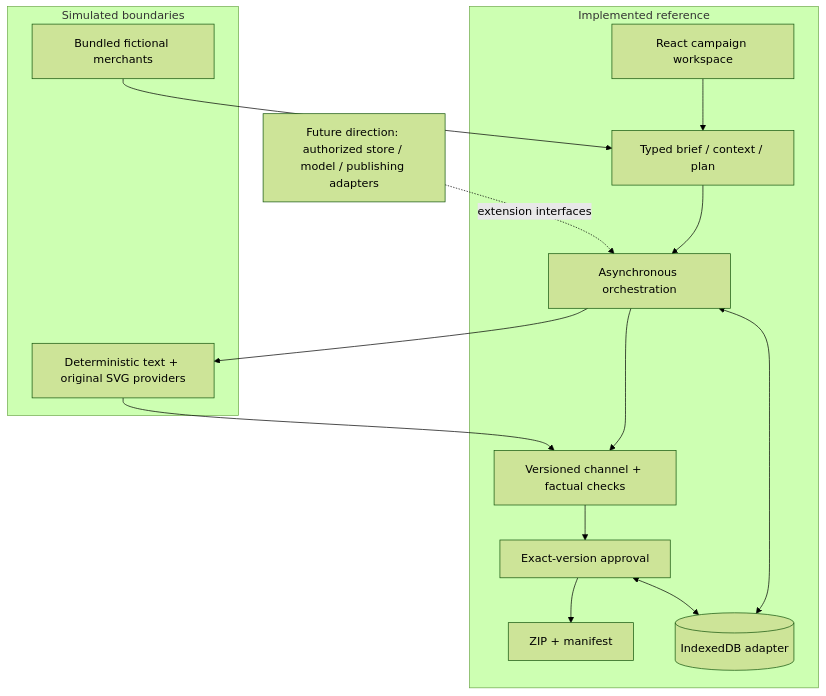
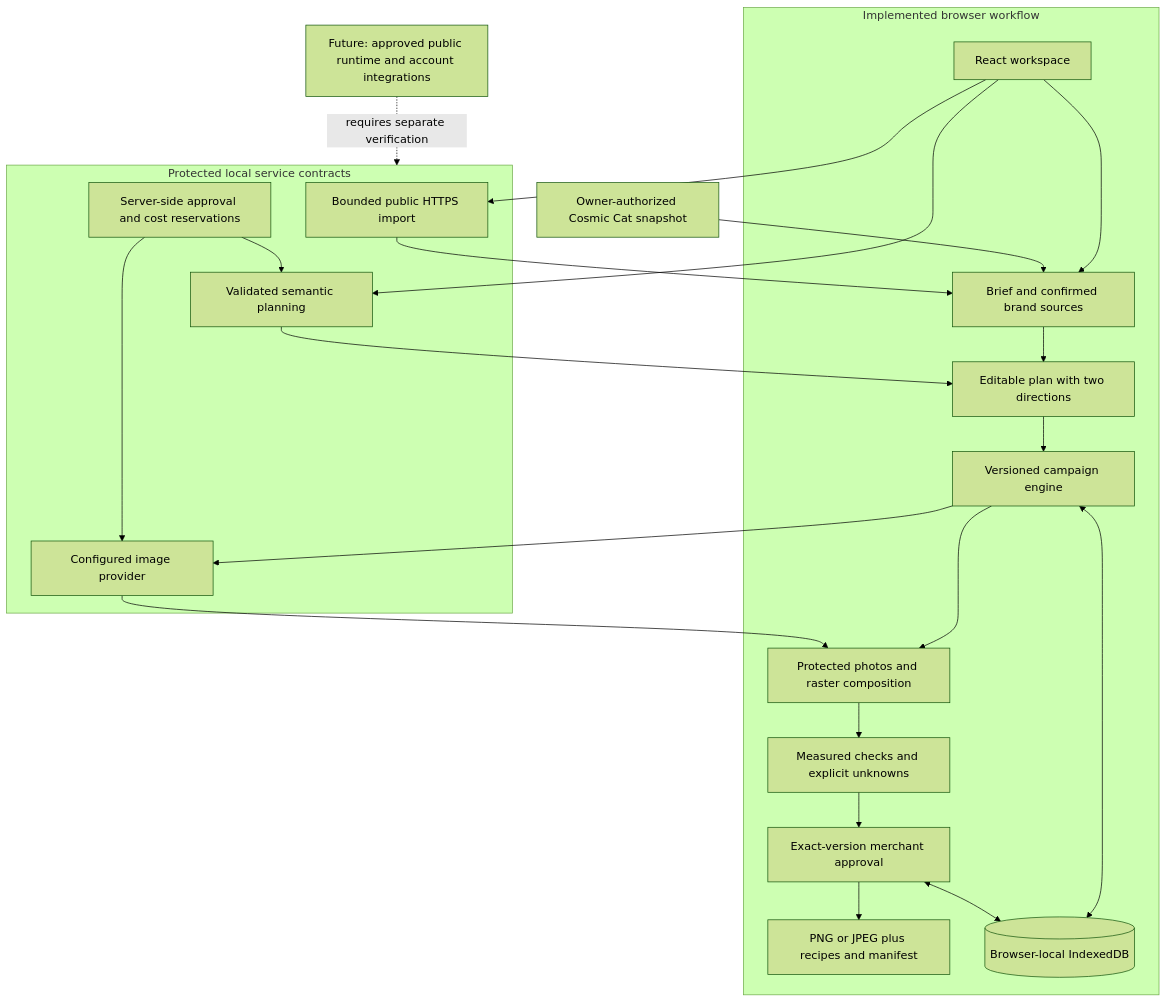
The diagram in docs/architecture.md (mchenry-power-dev/orbit-agentic-commerce), drawn with Mermaid (forest theme) before and after one commit. The commit also changed other lines of this file and 71 other files, not shown here.

Commit message:
Build V2 creative families and protected service candidate

````diff
--- a/docs/architecture.md
+++ b/docs/architecture.md
@@ -5,23 +5,32 @@
 ```mermaid
 flowchart TB
-  subgraph Implemented[Implemented reference]
-    UI[React campaign workspace]
-    Domain[Typed brief / context / plan]
-    Engine[Asynchronous orchestration]
-    Validate[Versioned channel + factual checks]
-    Review[Exact-version approval]
-    Export[ZIP + manifest]
-    Store[(IndexedDB adapter)]
-    UI --> Domain --> Engine --> Validate --> Review --> Export
+  subgraph Local[Implemented browser workflow]
+    UI[React workspace]
+    Domain[Brief and confirmed brand sources]
+    Plan[Editable plan with two directions]
+    Engine[Versioned campaign engine]
+    Raster[Protected photos and raster composition]
+    Checks[Measured checks and explicit unknowns]
+    Review[Exact-version merchant approval]
+    Export[PNG or JPEG plus recipes and manifest]
+    Store[(Browser-local IndexedDB)]
+    UI --> Domain --> Plan --> Engine
+    Engine --> Raster --> Checks --> Review --> Export
     Engine <--> Store
     Review <--> Store
   end
-  subgraph Simulated[Simulated boundaries]
-    Fixtures[Bundled fictional merchants]
-    Providers[Deterministic text + original SVG providers]
-    Fixtures --> Domain
-    Engine --> Providers --> Validate
+  Snapshot[Owner-authorized Cosmic Cat snapshot] --> Domain
+  subgraph Service[Protected local service contracts]
+    Import[Bounded public HTTPS import]
+    Schema[Validated semantic planning]
+    Images[Configured image provider]
+    Allowance[Server-side approval and cost reservations]
+    Allowance --> Schema
+    Allowance --> Images
   end
-  Future[Future direction: authorized store / model / publishing adapters]
-  Future -. extension interfaces .-> Engine
+  UI --> Import --> Domain
+  UI --> Schema --> Plan
+  Engine --> Images --> Raster
+  Future[Future: approved public runtime and account integrations]
+  Future -. requires separate verification .-> Service
 ```
````
